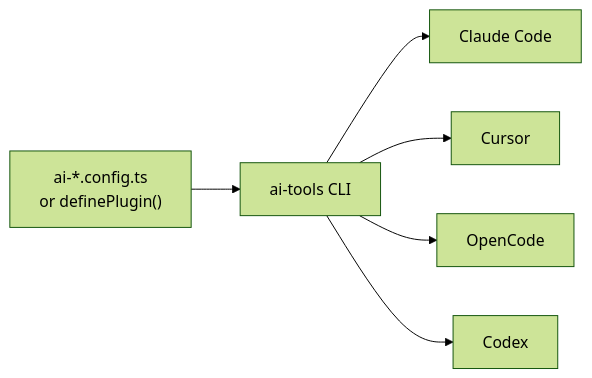
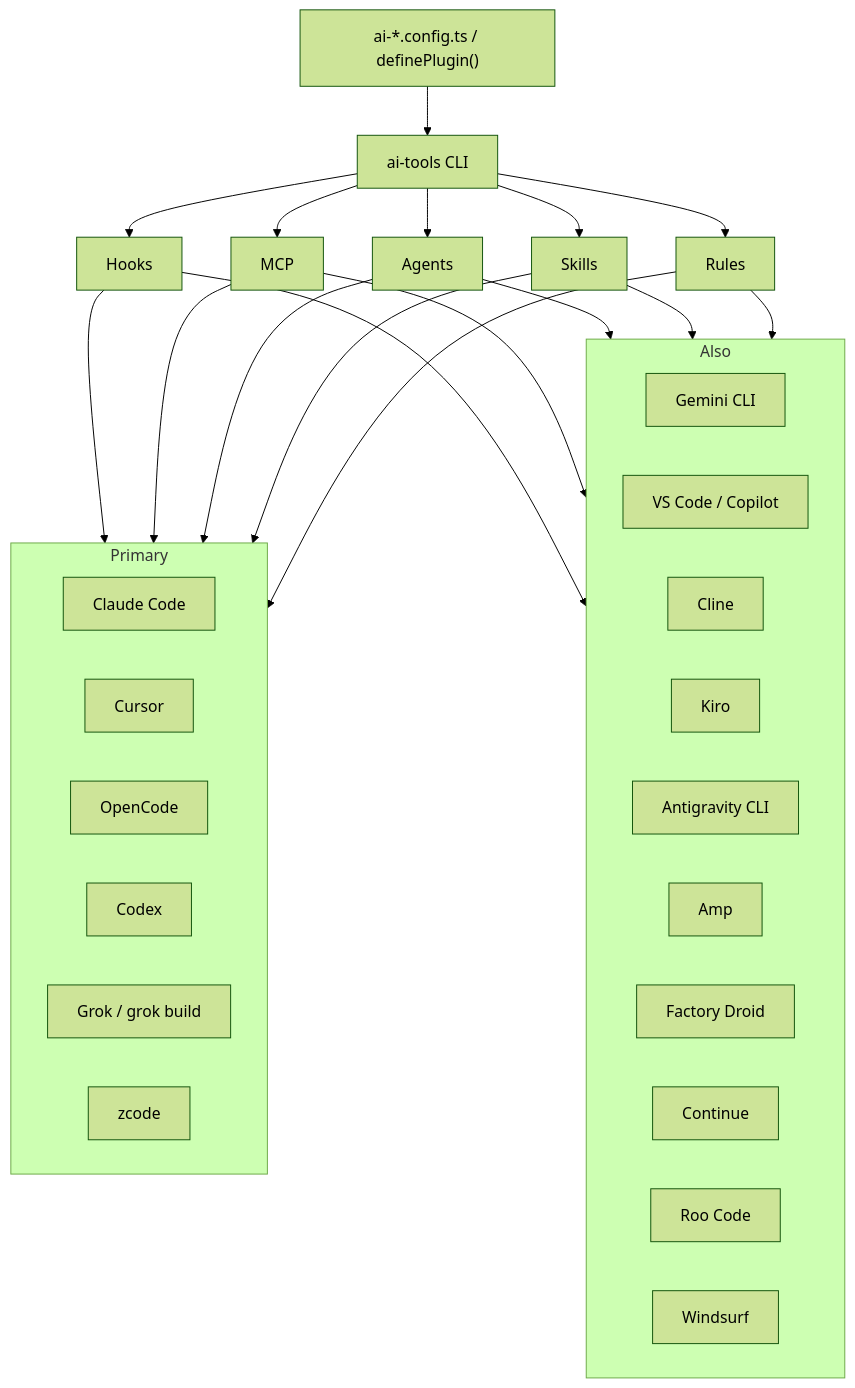
One commit to PremierStudio/ai-tools changed the diagram in README.md. Above: the diagram before and after it, drawn with Mermaid (forest theme). The commit also changed other lines of this file and 4 other files, not shown here.

````diff
--- a/README.md
+++ b/README.md
@@ -62,8 +74,43 @@
 ```mermaid
-graph LR
-  A["ai-*.config.ts<br/>or definePlugin()"] --> B["ai-tools CLI"]
-  B --> C["Claude Code"]
-  B --> D["Cursor"]
-  B --> E["OpenCode"]
-  B --> F["Codex"]
+graph TD
+    CFG["ai-*.config.ts / definePlugin()"] --> CLI["ai-tools CLI"]
+
+    CLI --> Hooks
+    CLI --> MCP
+    CLI --> Agents
+    CLI --> Skills
+    CLI --> Rules
+
+    subgraph fleet ["Primary"]
+        CC["Claude Code"]
+        Cursor["Cursor"]
+        OC["OpenCode"]
+        Codex["Codex"]
+        Grok["Grok / grok build"]
+        Zcode["zcode"]
+    end
+
+    subgraph more ["Also"]
+        Gemini["Gemini CLI"]
+        Copilot["VS Code / Copilot"]
+        Cline["Cline"]
+        Kiro["Kiro"]
+        Antigravity["Antigravity CLI"]
+        Amp["Amp"]
+        Droid["Factory Droid"]
+        Continue["Continue"]
+        Roo["Roo Code"]
+        Windsurf["Windsurf"]
+    end
+
+    Hooks --> fleet
+    MCP --> fleet
+    Agents --> fleet
+    Skills --> fleet
+    Rules --> fleet
+    Hooks --> more
+    MCP --> more
+    Agents --> more
+    Skills --> more
+    Rules --> more
 ```
````
